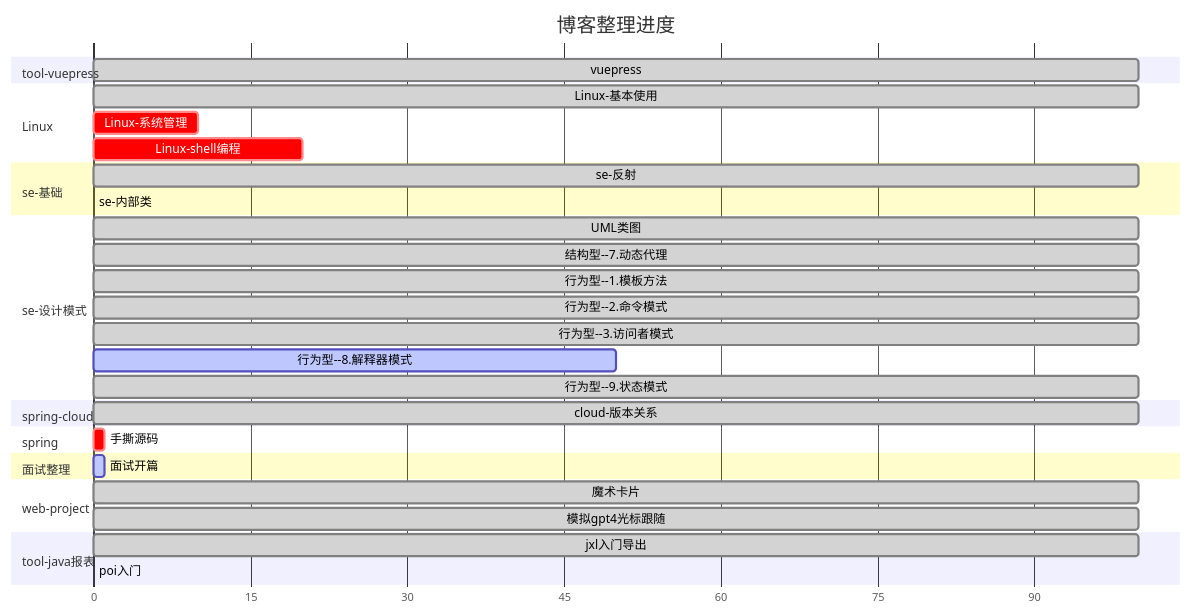
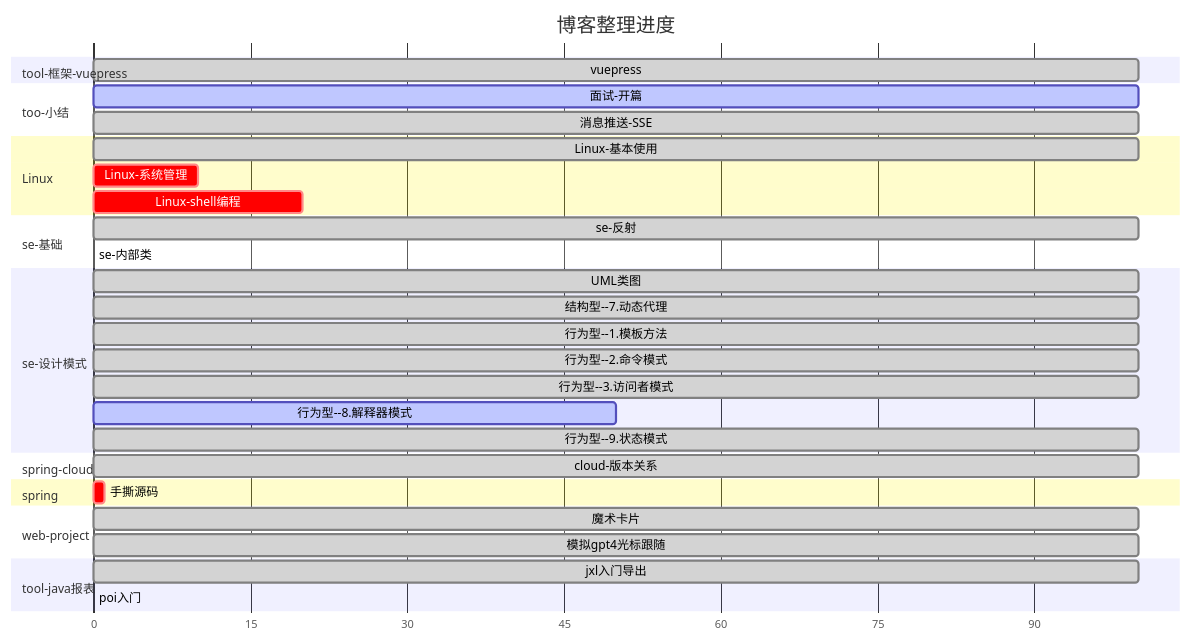
The diagram in docs/README.md (zs-mcu/docs), drawn with Mermaid before and after one commit. The commit also changed 4 other files, not shown here.

````diff
--- a/docs/README.md
+++ b/docs/README.md
@@ -30,46 +30,50 @@
 ```mermaid
 gantt
   title 博客整理进度
   dateFormat X
   axisFormat %s
 
-  section tool-vuepress
+  section tool-框架-vuepress
   vuepress        : done,0,100
+
+  section too-小结
+  面试-开篇          : active,0, 100
+
+  消息推送-SSE      : done,0, 100
+
 
   section Linux
   Linux-基本使用    : done,0,100
   Linux-系统管理    : crit,0,10
   Linux-shell编程   : crit,0,20
 
   section se-基础
   se-反射           :  done,0, 100
   se-内部类         : active,0,0
 
   section se-设计模式
   UML类图   : done,0,100
   结构型--7.动态代理   : done,0, 100
   行为型--1.模板方法   : done,0,100
   行为型--2.命令模式   : done,0,100
   行为型--3.访问者模式 : done,0,100
   行为型--8.解释器模式 : active,0,50
   行为型--9.状态模式  : done,0,100
   
 
   section spring-cloud
   cloud-版本关系    : done,0, 100
 
   section spring
   手撕源码          : crit,0, 1
 
-  section 面试整理
-  面试开篇          : active,0, 1
 
   section web-project
   魔术卡片          : done,0,100
   模拟gpt4光标跟随   : done,0,100
 
   section tool-java报表
   jxl入门导出       :done,0,100
   poi入门          :crit,0,0
   
 ```
````
